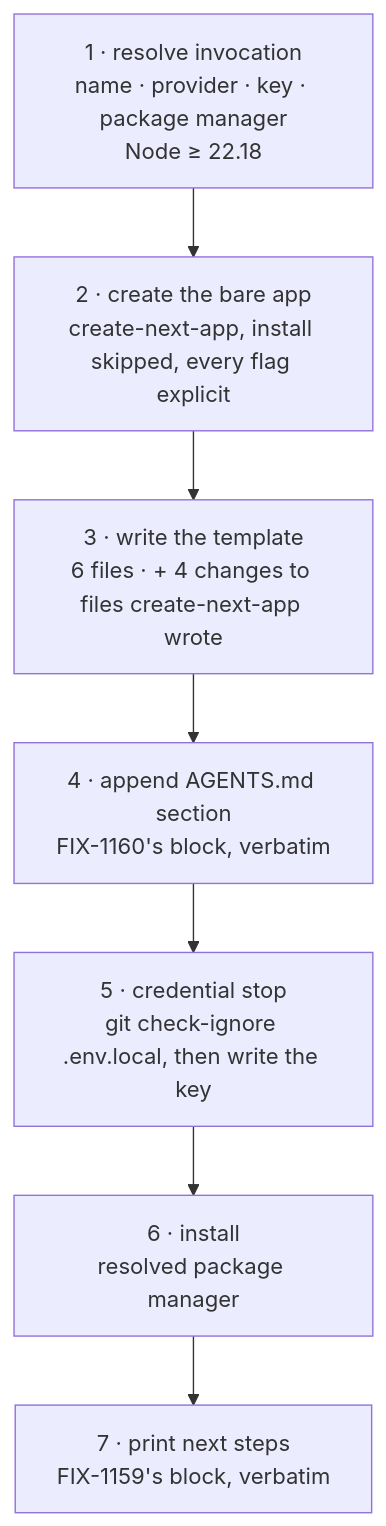
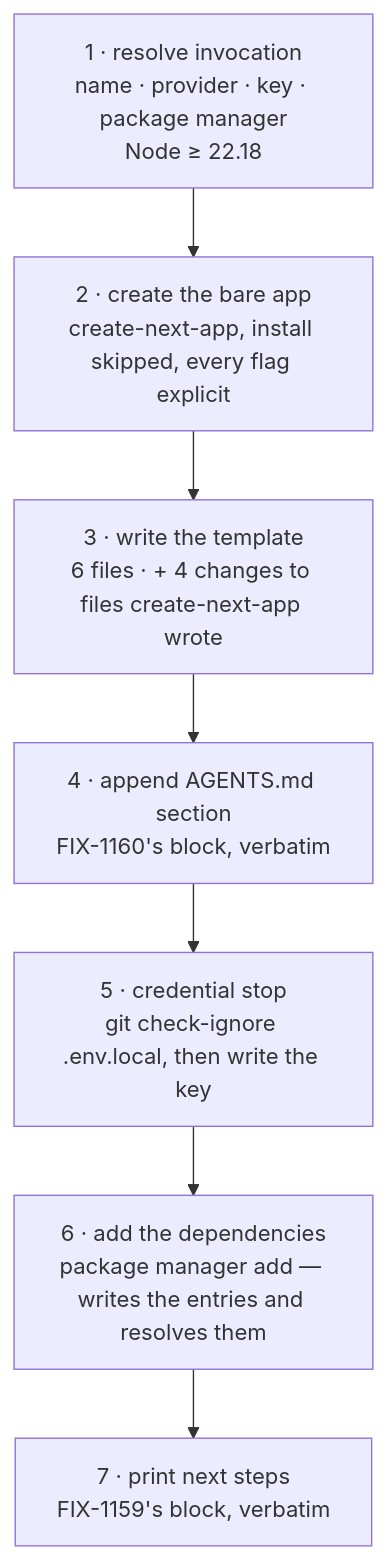
Before and after one commit to fixpoint-labs/flow-state-dev: the diagram in spec/FIX-548.md, drawn with Mermaid. The commit also changed other lines of this file and 2 other files, not shown here.

First line of the commit message:
spec(FIX-548): add the step that writes the dependencies, block sub-PR a, and fix the probe's false disproof

````diff
--- a/spec/FIX-548.md
+++ b/spec/FIX-548.md
@@ -698,9 +698,9 @@
 ```mermaid
 flowchart TB
   A[1 · resolve invocation<br/>name · provider · key · package manager<br/>Node ≥ 22.18] --> B[2 · create the bare app<br/>create-next-app, install skipped, every flag explicit]
   B --> C[3 · write the template<br/>6 files · + 4 changes to files create-next-app wrote]
   C --> D[4 · append AGENTS.md section<br/>FIX-1160's block, verbatim]
   D --> E[5 · credential stop<br/>git check-ignore .env.local, then write the key]
-  E --> F[6 · install<br/>resolved package manager]
+  E --> F[6 · add the dependencies<br/>package manager add — writes the entries and resolves them]
   F --> G[7 · print next steps<br/>FIX-1159's block, verbatim]
 ```
````
